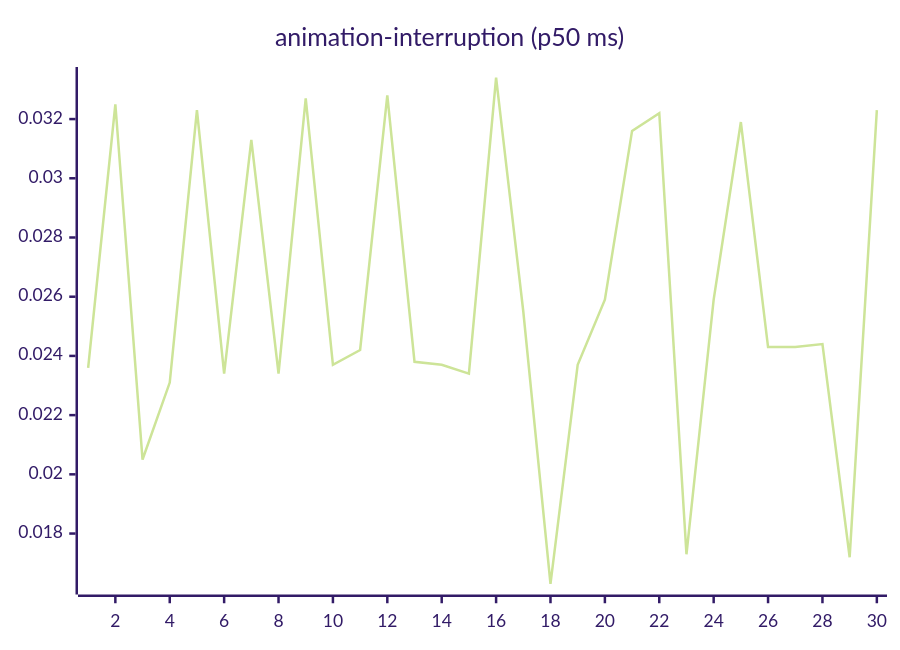
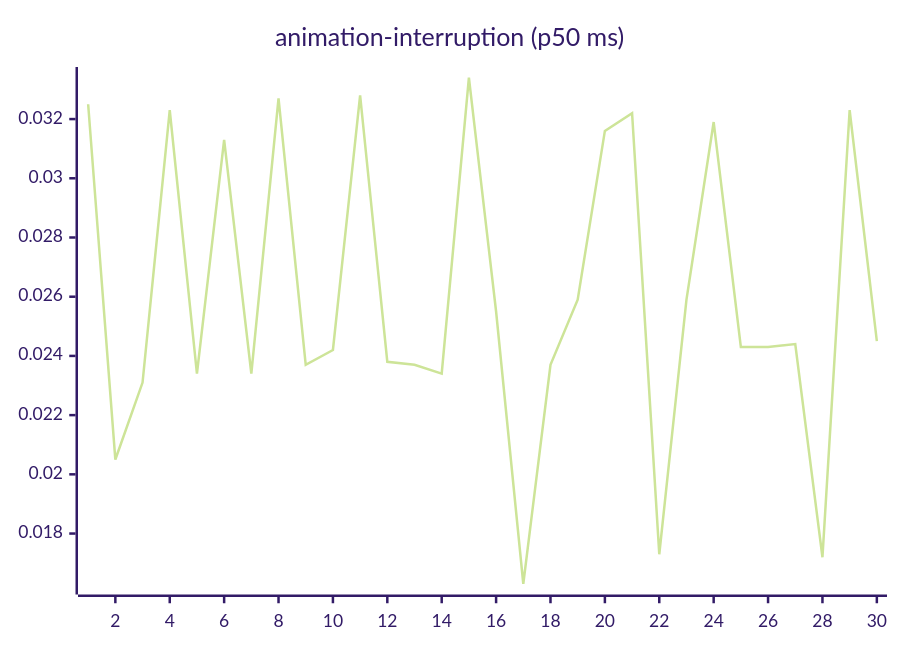
The third of 27 diagrams in README.md (josha/Facet), drawn with Mermaid (forest theme) before and after one commit. The commit also changed other lines of this file and 2 other files, not shown here.

````diff
--- a/README.md
+++ b/README.md
@@ -77,6 +77,6 @@
 ```mermaid
 xychart-beta
     title "animation-interruption (p50 ms)"
     x-axis 1 --> 30
-    line [0.0236, 0.0325, 0.0205, 0.0231, 0.0323, 0.0234, 0.0313, 0.0234, 0.0327, 0.0237, 0.0242, 0.0328, 0.0238, 0.0237, 0.0234, 0.0334, 0.0255, 0.0163, 0.0237, 0.0259, 0.0316, 0.0322, 0.0173, 0.0259, 0.0319, 0.0243, 0.0243, 0.0244, 0.0172, 0.0323]
+    line [0.0325, 0.0205, 0.0231, 0.0323, 0.0234, 0.0313, 0.0234, 0.0327, 0.0237, 0.0242, 0.0328, 0.0238, 0.0237, 0.0234, 0.0334, 0.0255, 0.0163, 0.0237, 0.0259, 0.0316, 0.0322, 0.0173, 0.0259, 0.0319, 0.0243, 0.0243, 0.0244, 0.0172, 0.0323, 0.0245]
 ```
````
